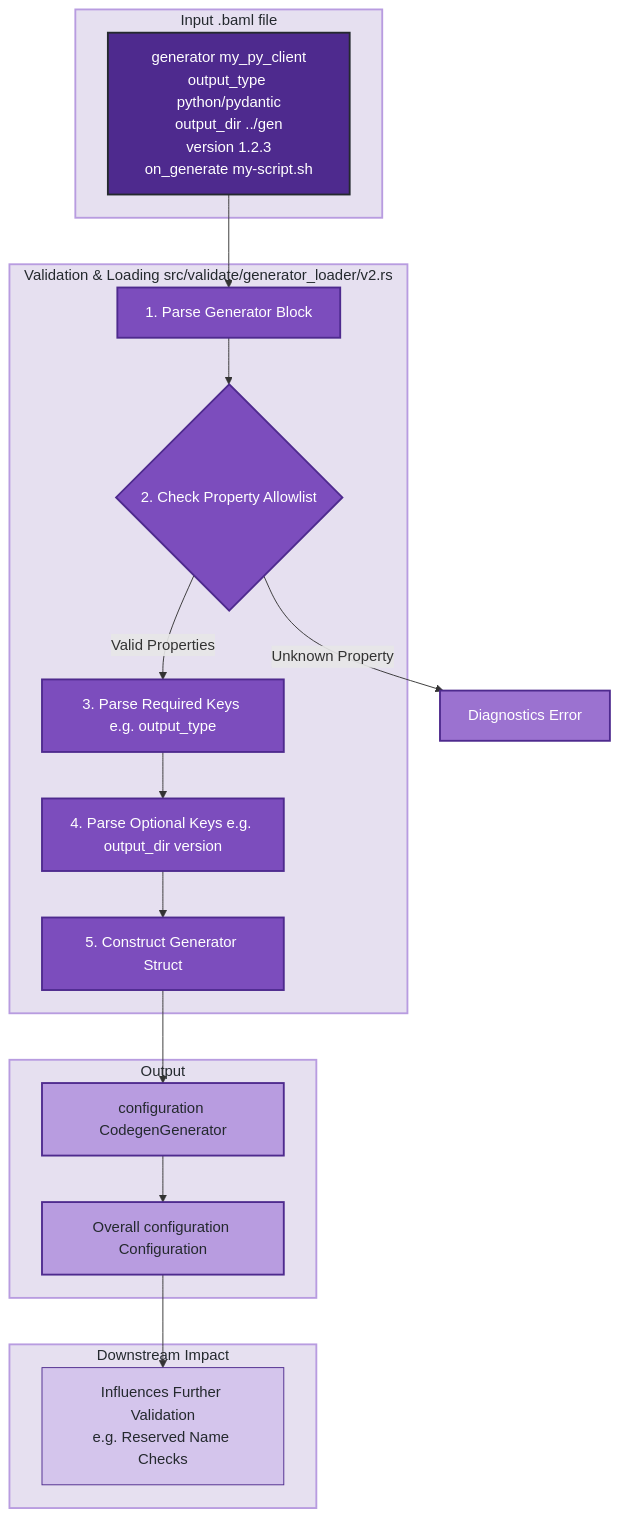
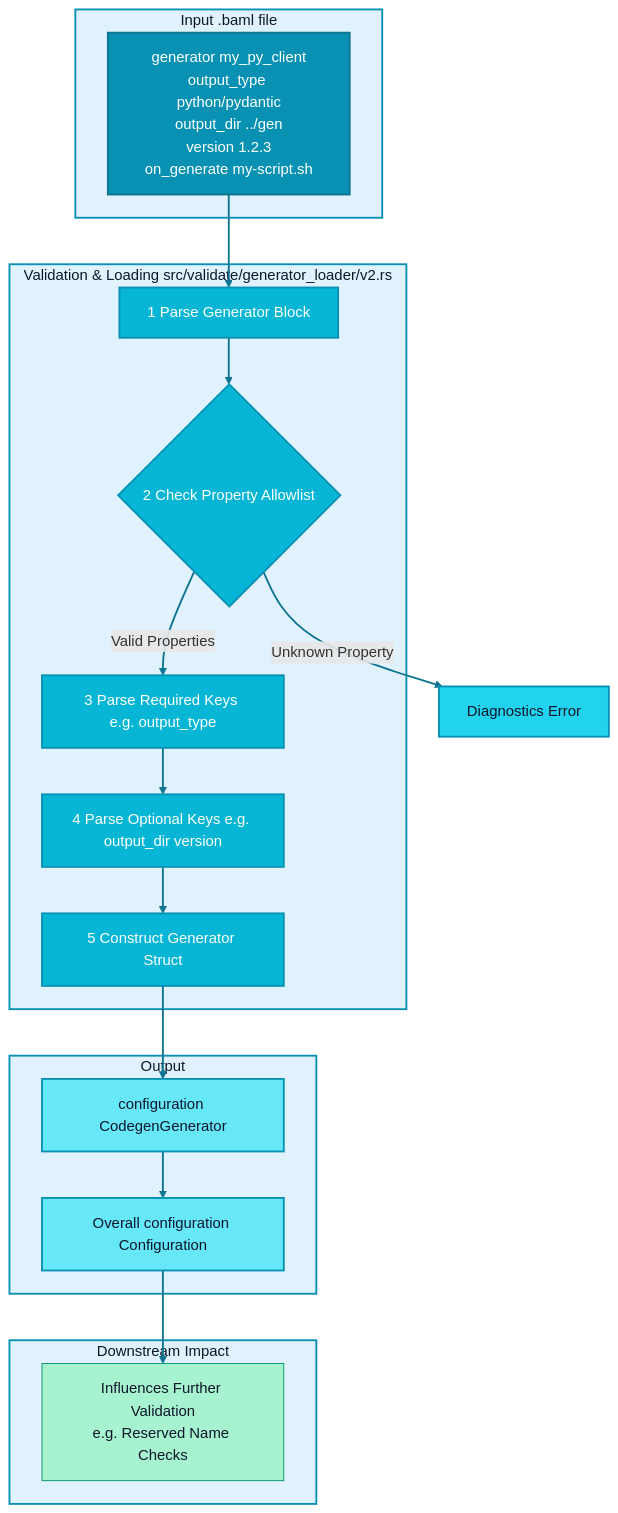
The fifth of 8 diagrams in baml_internals.md (nshkrdotcom/ds_ex), drawn with Mermaid before and after one commit. The commit also changed other lines of this file and 31 other files, not shown here.

````diff
--- a/baml_internals.md
+++ b/baml_internals.md
@@ -288,49 +317,52 @@
 ```mermaid
 graph TD
     subgraph InputGen["Input .baml file"]
         A[generator my_py_client<br/>output_type python/pydantic<br/>output_dir ../gen<br/>version 1.2.3<br/>on_generate my-script.sh]
     end
 
     subgraph ValidationLoading["Validation & Loading src/validate/generator_loader/v2.rs"]
-        B[1. Parse Generator Block]
-        C{2. Check Property Allowlist}
-        D[3. Parse Required Keys e.g. output_type]
-        E[4. Parse Optional Keys e.g. output_dir version]
-        F[5. Construct Generator Struct]
+        B[1 Parse Generator Block]
+        C{2 Check Property Allowlist}
+        D[3 Parse Required Keys e.g. output_type]
+        E[4 Parse Optional Keys e.g. output_dir version]
+        F[5 Construct Generator Struct]
     end
 
     subgraph OutputConf["Output"]
         G[configuration CodegenGenerator]
         H[Overall configuration Configuration]
     end
     
     subgraph DownstreamImpact["Downstream Impact"]
         I[Influences Further Validation<br/>e.g. Reserved Name Checks]
     end
 
     A --> B
     B --> C
     C -->|Valid Properties| D
     C -->|Unknown Property| Diagnostics1[Diagnostics Error]
     D --> E
     E --> F
     F --> G
     G --> H
     H --> I
 
-    %% Elixir-inspired styling
-    classDef setupPhase fill:#4e2a8e,stroke:#24292e,stroke-width:2px,color:#fff
-    classDef concurrentEngine fill:#7c4dbd,stroke:#4e2a8e,stroke-width:2px,color:#fff
-    classDef taskNode fill:#9b72d0,stroke:#4e2a8e,stroke-width:2px,color:#fff
-    classDef processNode fill:#b89ce0,stroke:#4e2a8e,stroke-width:2px,color:#24292e
-    classDef resultNode fill:#d4c5ec,stroke:#4e2a8e,stroke-width:1px,color:#24292e
-    classDef aggregationPhase fill:#f5f5f5,stroke:#666,stroke-width:2px,color:#24292e
-    classDef subgraphTitleTop fill:#e6e0f0,stroke:#b89ce0,stroke-width:2px,color:#24292e
+    %% BAML-inspired styling
+    classDef setupPhase fill:#0891b2,stroke:#0e7490,stroke-width:2px,color:#fff
+    classDef concurrentEngine fill:#06b6d4,stroke:#0891b2,stroke-width:2px,color:#fff
+    classDef taskNode fill:#22d3ee,stroke:#0891b2,stroke-width:2px,color:#0f172a
+    classDef processNode fill:#67e8f9,stroke:#0891b2,stroke-width:2px,color:#0f172a
+    classDef resultNode fill:#a7f3d0,stroke:#059669,stroke-width:1px,color:#0f172a
+    classDef aggregationPhase fill:#f3f4f6,stroke:#6b7280,stroke-width:2px,color:#374151
+    classDef subgraphTitleTop fill:#e0f2fe,stroke:#0891b2,stroke-width:2px,color:#0f172a
 
     class A setupPhase
     class B,C,D,E,F concurrentEngine
     class Diagnostics1 taskNode
     class G,H processNode
     class I resultNode
     class InputGen,ValidationLoading,OutputConf,DownstreamImpact subgraphTitleTop
+
+    %% BAML brand styling for arrows
+    linkStyle default stroke:#0e7490,stroke-width:2px
 ```
````
